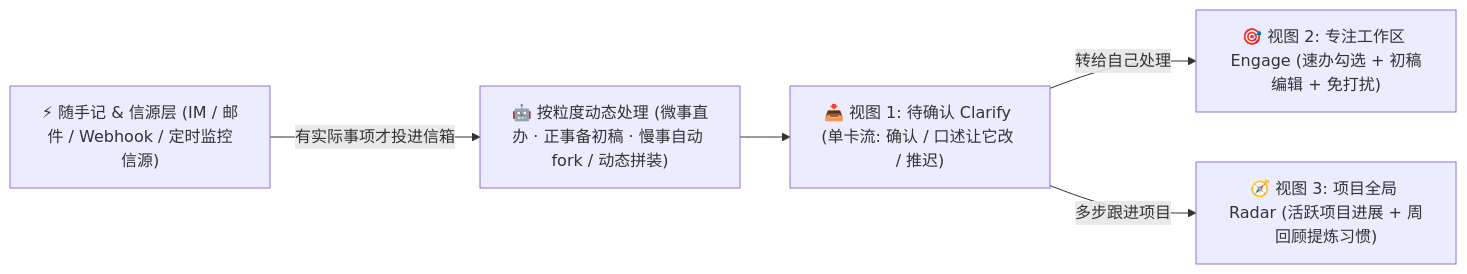
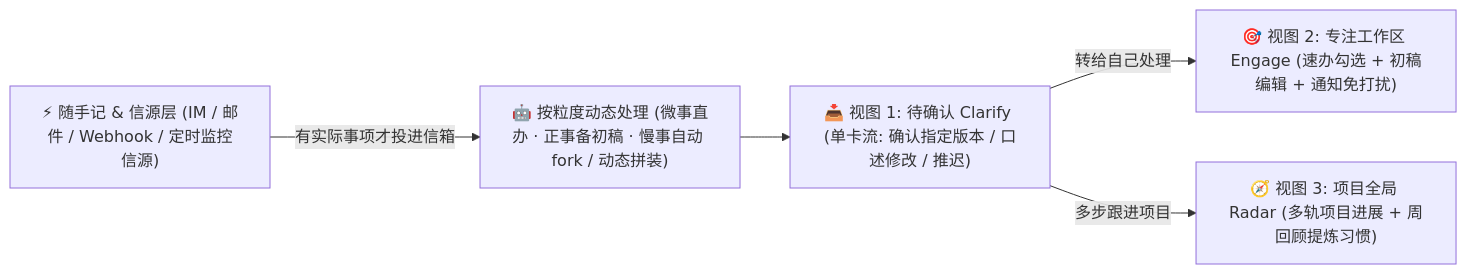
Before and after one commit to project-aoi/ng-agents: the diagram in docs/03-gtd-agent-product-vision.md, drawn with Mermaid. The commit also changed other lines of this file and 4 other files, not shown here.

````diff
--- a/docs/03-gtd-agent-product-vision.md
+++ b/docs/03-gtd-agent-product-vision.md
@@ -69,8 +69,8 @@
 ```mermaid
 flowchart LR
     Src["⚡ 随手记 & 信源层 (IM / 邮件 / Webhook / 定时监控信源)"] -->|"有实际事项才投进信箱"| Bg["🤖 按粒度动态处理 (微事直办 · 正事备初稿 · 慢事自动 fork / 动态拼装)"]
 
-    Bg --> M1["📥 视图 1: 待确认 Clarify (单卡流: 确认 / 口述让它改 / 推迟)"]
-    M1 -->|"转给自己处理"| M2["🎯 视图 2: 专注工作区 Engage (速办勾选 + 初稿编辑 + 免打扰)"]
-    M1 -->|"多步跟进项目"| M3["🧭 视图 3: 项目全局 Radar (活跃项目进展 + 周回顾提炼习惯)"]
+    Bg --> M1["📥 视图 1: 待确认 Clarify (单卡流: 确认指定版本 / 口述修改 / 推迟)"]
+    M1 -->|"转给自己处理"| M2["🎯 视图 2: 专注工作区 Engage (速办勾选 + 初稿编辑 + 通知免打扰)"]
+    M1 -->|"多步跟进项目"| M3["🧭 视图 3: 项目全局 Radar (多轨项目进展 + 周回顾提炼习惯)"]
 ```
````
